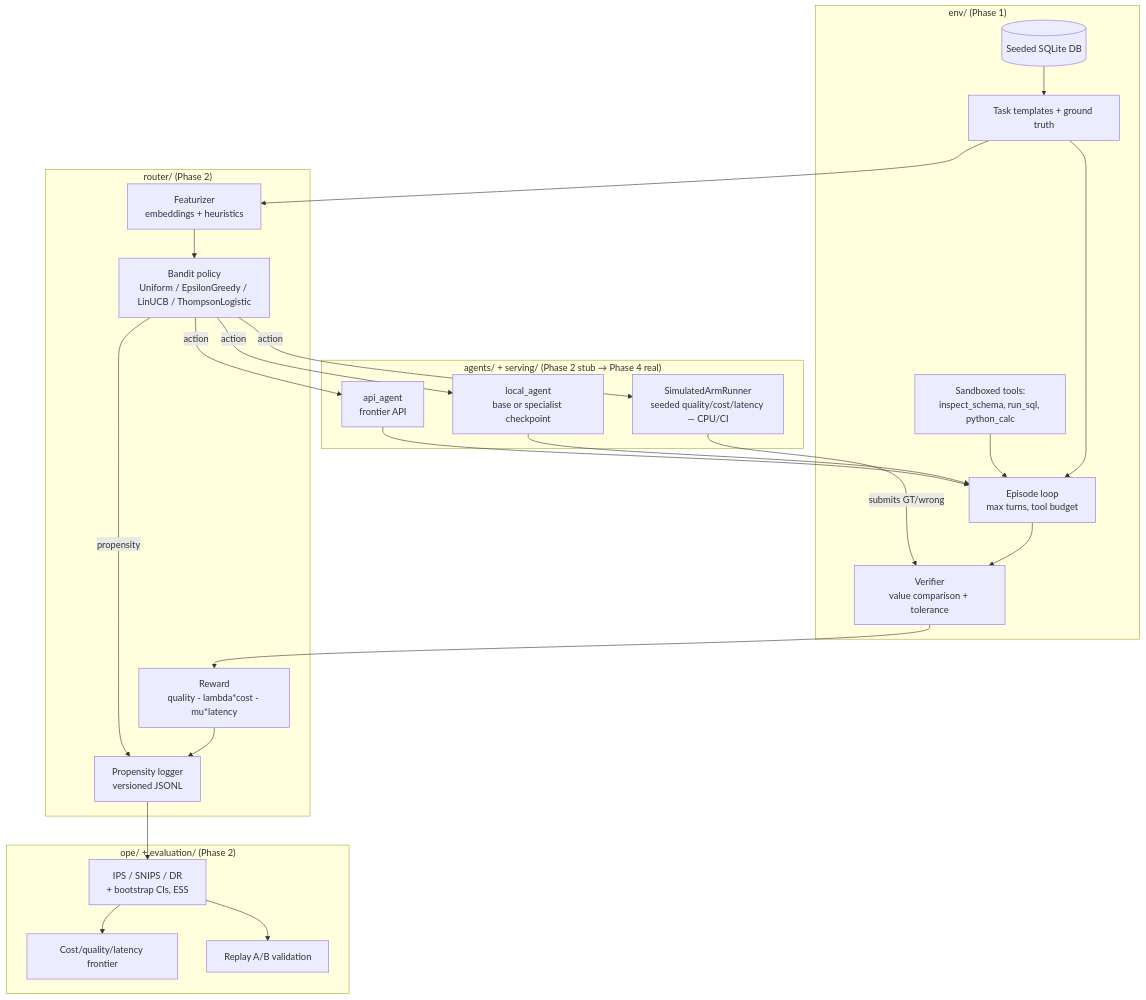
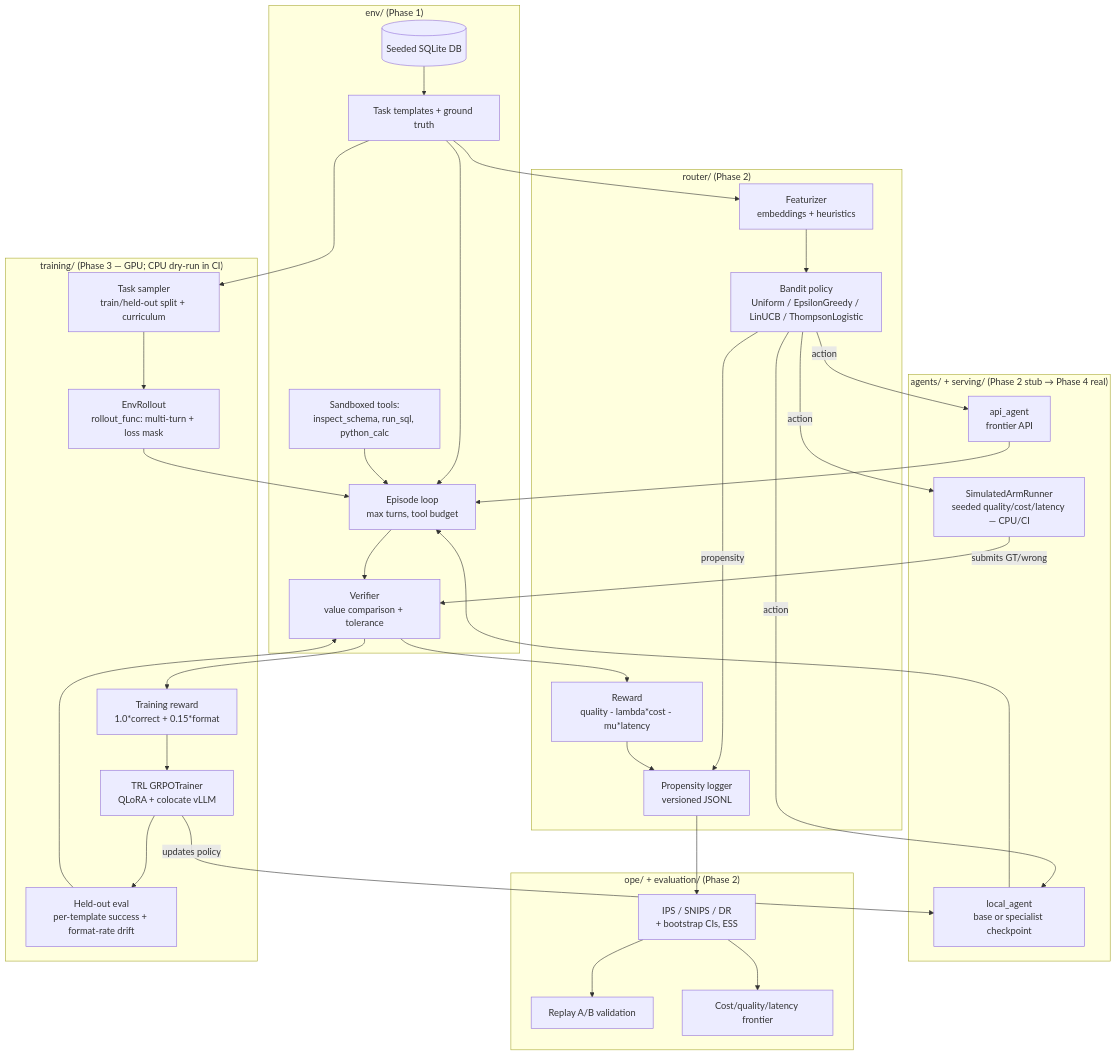
Before and after one commit to aashkashah09/rec-grpo: the diagram in docs/architecture.md, drawn with Mermaid. The commit also changed other lines of this file and 5 other files, not shown here.

First line of the commit message:
docs: ADRs 010-013, Phase-3 README section, architecture diagram

````diff
--- a/docs/architecture.md
+++ b/docs/architecture.md
@@ -10,48 +12,65 @@
 ```mermaid
 flowchart TD
     subgraph ENV["env/ (Phase 1)"]
         DB[(Seeded SQLite DB)]
         TASKS[Task templates + ground truth]
         TOOLS[Sandboxed tools:<br/>inspect_schema, run_sql, python_calc]
         EPISODE[Episode loop<br/>max turns, tool budget]
         VERIFIER[Verifier<br/>value comparison + tolerance]
         DB --> TASKS
         TASKS --> EPISODE
         TOOLS --> EPISODE
         EPISODE --> VERIFIER
     end
 
     subgraph AGENTS["agents/ + serving/ (Phase 2 stub → Phase 4 real)"]
         STUB[SimulatedArmRunner<br/>seeded quality/cost/latency — CPU/CI]
         LOCAL[local_agent<br/>base or specialist checkpoint]
         API[api_agent<br/>frontier API]
     end
 
     subgraph ROUTER["router/ (Phase 2)"]
         FEATURES[Featurizer<br/>embeddings + heuristics]
         POLICY[Bandit policy<br/>Uniform / EpsilonGreedy / LinUCB / ThompsonLogistic]
         REWARD[Reward<br/>quality - lambda*cost - mu*latency]
         LOGGER[Propensity logger<br/>versioned JSONL]
     end
 
     subgraph OFFLINE["ope/ + evaluation/ (Phase 2)"]
         OPE[IPS / SNIPS / DR<br/>+ bootstrap CIs, ESS]
         REPLAY[Replay A/B validation]
         FRONTIER[Cost/quality/latency frontier]
     end
 
+    subgraph TRAIN["training/ (Phase 3 — GPU; CPU dry-run in CI)"]
+        SAMPLER[Task sampler<br/>train/held-out split + curriculum]
+        ROLLOUT[EnvRollout<br/>rollout_func: multi-turn + loss mask]
+        TREWARD[Training reward<br/>1.0*correct + 0.15*format]
+        GRPO[TRL GRPOTrainer<br/>QLoRA + colocate vLLM]
+        HELDOUT[Held-out eval<br/>per-template success + format-rate drift]
+    end
+
     TASKS --> FEATURES
     FEATURES --> POLICY
     POLICY -->|action| STUB
     POLICY -->|action| LOCAL
     POLICY -->|action| API
     STUB -->|submits GT/wrong| VERIFIER
     LOCAL --> EPISODE
     API --> EPISODE
     VERIFIER --> REWARD
     POLICY -->|propensity| LOGGER
     REWARD --> LOGGER
     LOGGER --> OPE
     OPE --> REPLAY
     OPE --> FRONTIER
+
+    TASKS --> SAMPLER
+    SAMPLER --> ROLLOUT
+    ROLLOUT --> EPISODE
+    VERIFIER --> TREWARD
+    TREWARD --> GRPO
+    GRPO -->|updates policy| LOCAL
+    GRPO --> HELDOUT
+    HELDOUT --> VERIFIER
 ```
````
